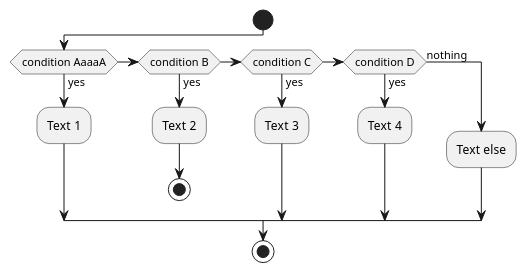
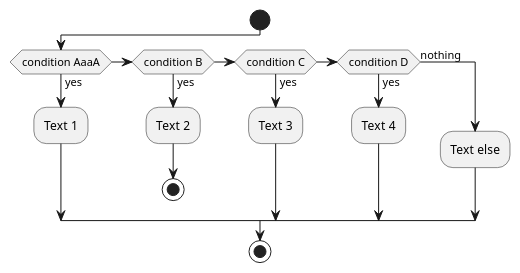
One commit to mawatari/example-project-uml changed the diagram in activity-diagram.pu. Above: the diagram before and after it, drawn with PlantUML.

```diff
--- a/activity-diagram.pu
+++ b/activity-diagram.pu
@@ -1,17 +1,17 @@
 @startuml
 
 start
-if (condition AaaaA) then (yes)
+if (condition AaaA) then (yes)
   :Text 1;
 elseif (condition B) then (yes)
   :Text 2;
   stop
 elseif (condition C) then (yes)
   :Text 3;
 elseif (condition D) then (yes)
   :Text 4;
 else (nothing)
   :Text else;
 endif
 stop
 @enduml
```
